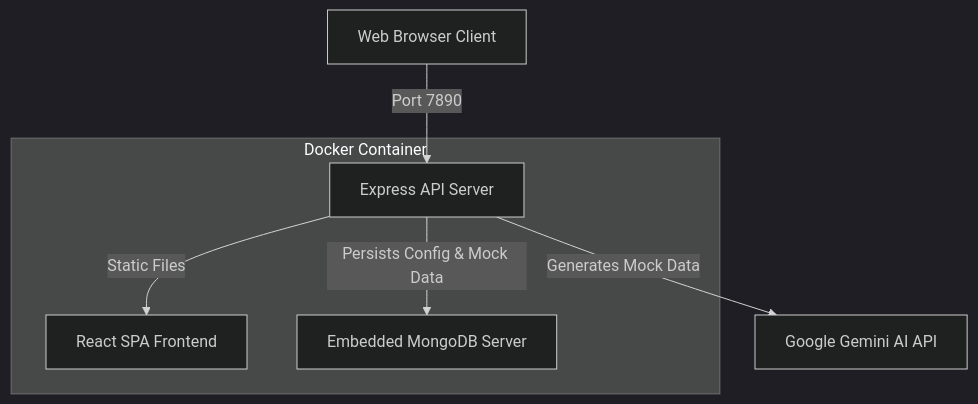
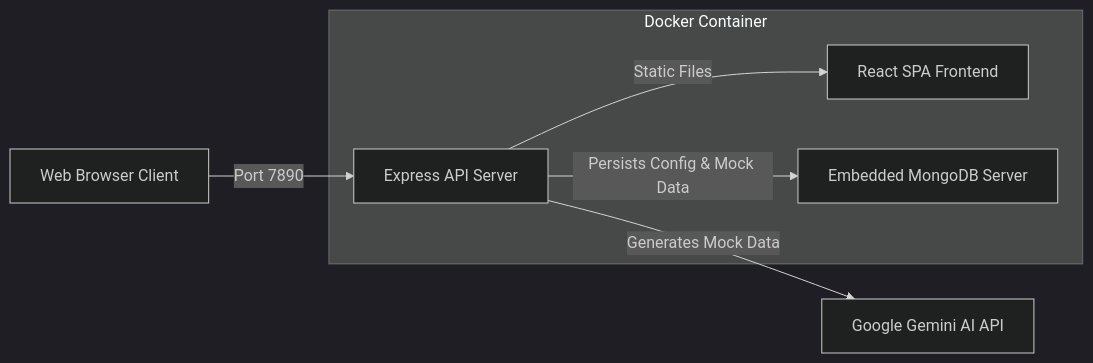
Before and after one commit to vaibha-v7/Stub-API: the diagram in README.md, drawn with Mermaid (dark theme).

Commit message:
docs: update README mermaid diagram to flowchart and refine container subgraph labels

````diff
--- a/README.md
+++ b/README.md
@@ -30,13 +30,13 @@
 ```mermaid
-graph TD
+flowchart LR
     Client[Web Browser Client] -->|Port 7890| Express[Express API Server]
     Express -->|Static Files| React[React SPA Frontend]
+    Express -->|Persists Config & Mock Data| Mongo[Embedded MongoDB Server]
     Express -->|Generates Mock Data| Gemini[Google Gemini AI API]
-    Express -->|Persists Config & Mock Data| Mongo[Embedded MongoDB Server]
-    
-    subgraph Docker Container
+
+    subgraph Docker ["Docker Container"]
         Express
         React
         Mongo
     end
 ```
````
